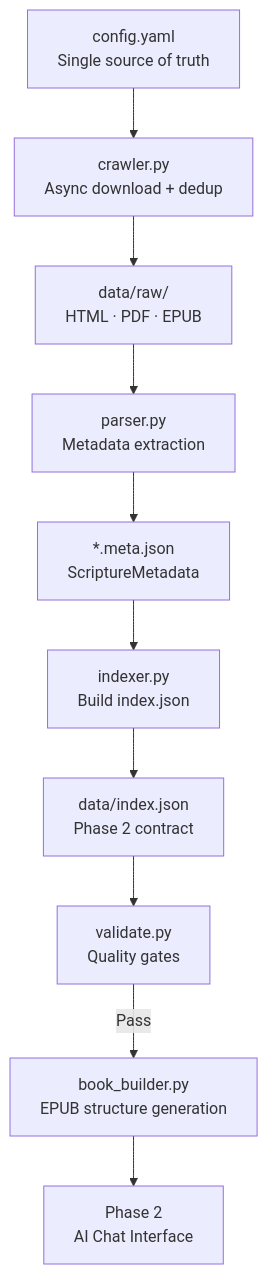
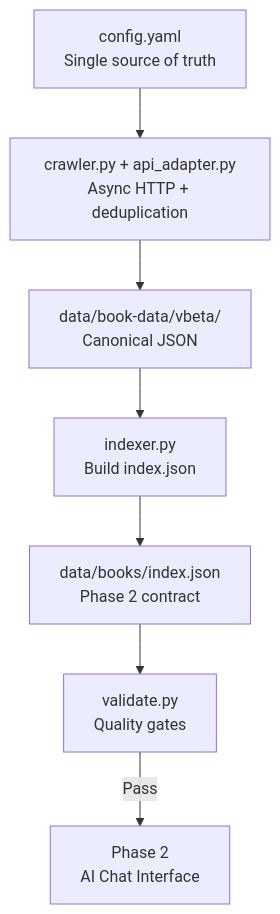
Before and after one commit to haicanhdieu/monkai: the diagram in README.md, drawn with Mermaid. The commit also changed other lines of this file and 25 other files, not shown here.

First line of the commit message:
feat(crawler): migrate to vbeta.vn API implementation (Epic 7)

````diff
--- a/README.md
+++ b/README.md
@@ -40,12 +40,9 @@
 ```mermaid
 flowchart TD
     Config[config.yaml\nSingle source of truth] --> Crawler
-    Crawler[crawler.py\nAsync download + dedup] --> RawFiles[data/raw/\nHTML · PDF · EPUB]
-    RawFiles --> Parser[parser.py\nMetadata extraction]
-    Parser --> MetaJSON[*.meta.json\nScriptureMetadata]
-    MetaJSON --> Indexer[indexer.py\nBuild index.json]
-    Indexer --> IndexFile[data/index.json\nPhase 2 contract]
+    Crawler[crawler.py + api_adapter.py\nAsync HTTP + deduplication] --> JsonFiles[data/book-data/vbeta/\nCanonical JSON]
+    JsonFiles --> Indexer[indexer.py\nBuild index.json]
+    Indexer --> IndexFile[data/books/index.json\nPhase 2 contract]
     IndexFile --> Validator[validate.py\nQuality gates]
-    Validator -->|Pass| BookBuilder[book_builder.py\nEPUB structure generation]
-    BookBuilder --> Phase2[Phase 2\nAI Chat Interface]
+    Validator -->|Pass| Phase2[Phase 2\nAI Chat Interface]
 ```
````
